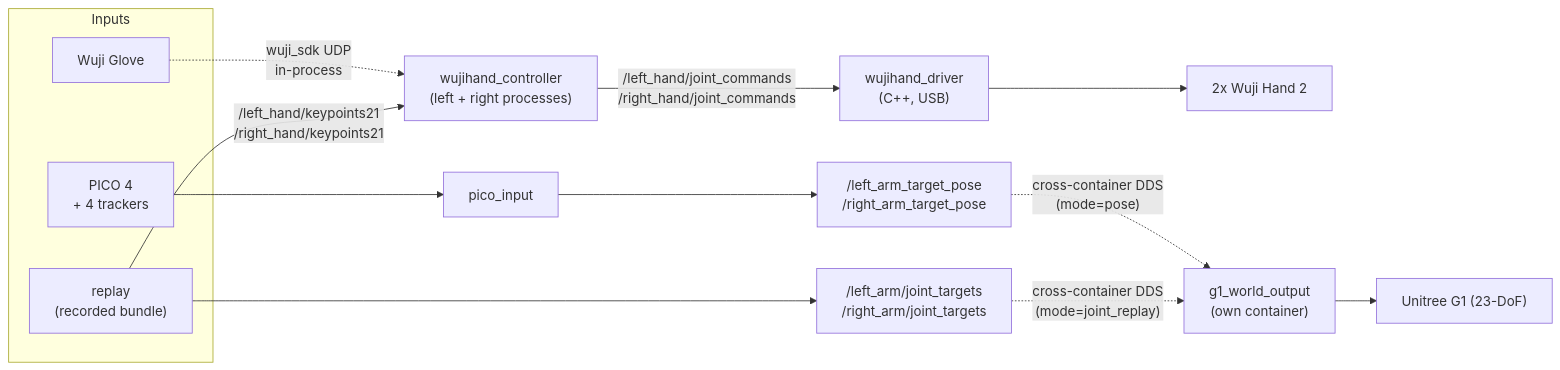
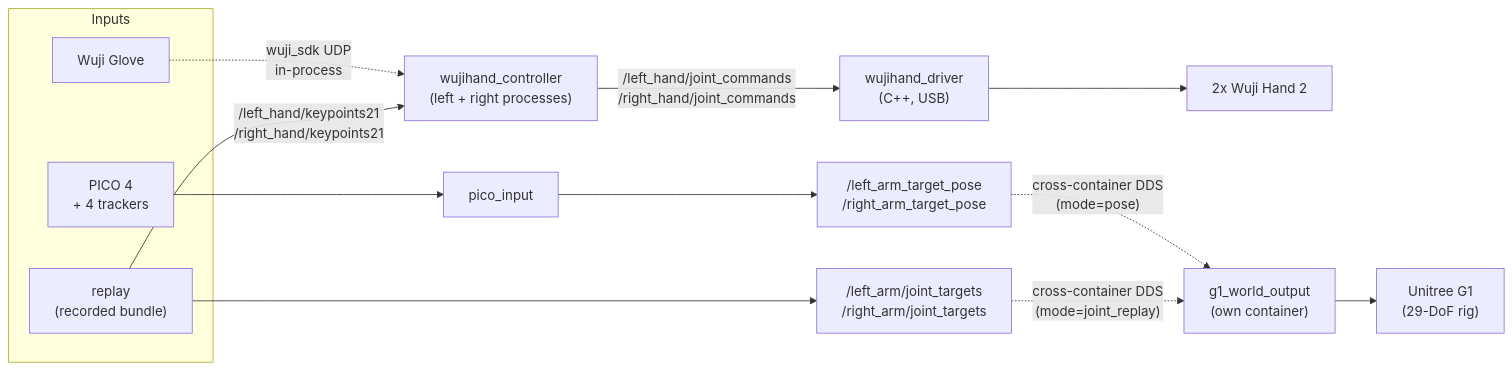
Before and after one commit to MSC-Wuji-Teleop/wuji-hand-teleop: the first of 4 diagrams in docs/architecture.md, drawn with Mermaid. The commit also changed other lines of this file and 4 other files, not shown here.

````diff
--- a/docs/architecture.md
+++ b/docs/architecture.md
@@ -30,22 +30,22 @@
 ```mermaid
 graph LR
     subgraph Inputs
         WG["Wuji Glove"]
         PICO["PICO 4<br/>+ 4 trackers"]
         SOT["replay<br/>(recorded bundle)"]
     end
 
     WG -. "wuji_sdk UDP<br/>in-process" .-> HC["wujihand_controller<br/>(left + right processes)"]
     PICO --> PI["pico_input"]
 
     PI --> TP["/left_arm_target_pose<br/>/right_arm_target_pose"]
     SOT --> JT["/left_arm/joint_targets<br/>/right_arm/joint_targets"]
     SOT -- "/left_hand/keypoints21<br/>/right_hand/keypoints21" --> HC
 
     HC -- "/left_hand/joint_commands<br/>/right_hand/joint_commands" --> DRV["wujihand_driver<br/>(C++, USB)"]
     DRV --> HAND["2x Wuji Hand 2"]
 
     TP -.->|"cross-container DDS<br/>(mode=pose)"| G1O["g1_world_output<br/>(own container)"]
     JT -.->|"cross-container DDS<br/>(mode=joint_replay)"| G1O
-    G1O --> G1["Unitree G1 (23-DoF)"]
+    G1O --> G1["Unitree G1<br/>(29-DoF rig)"]
 ```
````
